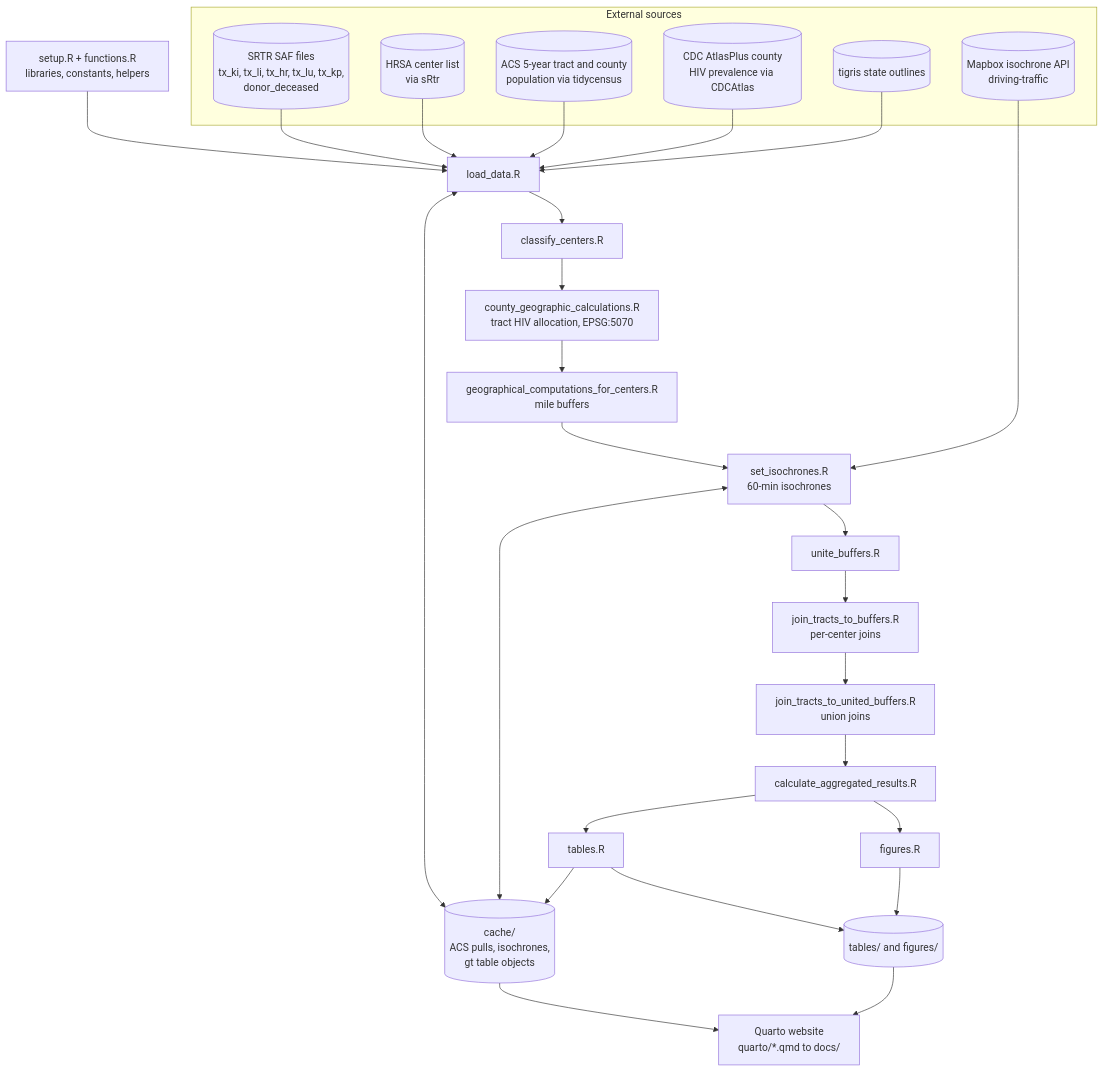
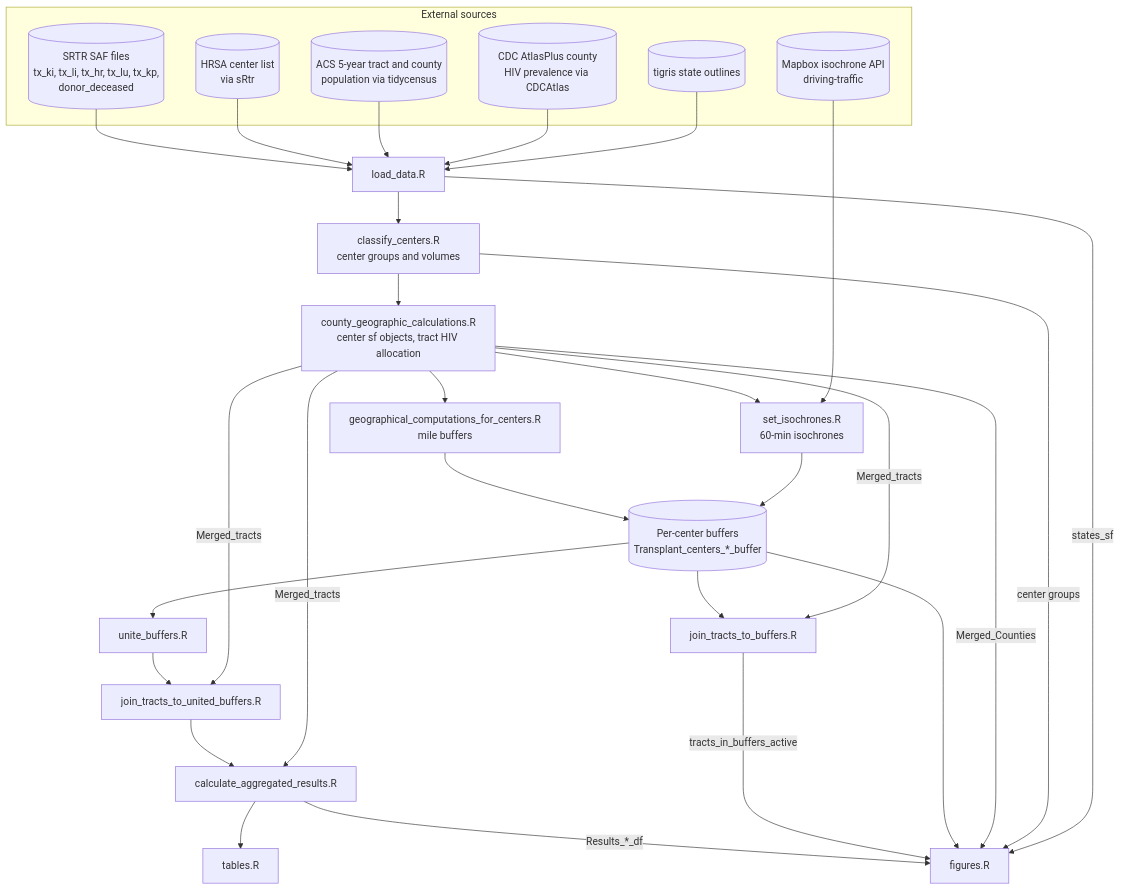
Before and after one commit to VagishHemmige/HOPE-CDC-analysis-2026: the first of 3 diagrams in ARCHITECTURE.md, drawn with Mermaid. The commit also changed other lines of this file, not shown here.

````diff
--- a/ARCHITECTURE.md
+++ b/ARCHITECTURE.md
@@ -27,40 +49,43 @@
 ```mermaid
 flowchart TD
     subgraph EXT["External sources"]
         SRTR[("SRTR SAF files<br/>tx_ki, tx_li, tx_hr, tx_lu, tx_kp,<br/>donor_deceased")]
         HRSA[("HRSA center list<br/>via sRtr")]
         ACS[("ACS 5-year tract and county<br/>population via tidycensus")]
         ATLAS[("CDC AtlasPlus county<br/>HIV prevalence via CDCAtlas")]
         MB[("Mapbox isochrone API<br/>driving-traffic")]
         TIG[("tigris state outlines")]
     end
 
-    SETUP["setup.R + functions.R<br/>libraries, constants, helpers"]
     LOAD["load_data.R"]
-    CLASS["classify_centers.R"]
-    COUNTY["county_geographic_calculations.R<br/>tract HIV allocation, EPSG:5070"]
+    CLASS["classify_centers.R<br/>center groups and volumes"]
+    COUNTY["county_geographic_calculations.R<br/>center sf objects, tract HIV allocation"]
     BUF["geographical_computations_for_centers.R<br/>mile buffers"]
     ISO["set_isochrones.R<br/>60-min isochrones"]
+    PCB[("Per-center buffers<br/>Transplant_centers_*_buffer")]
     UNITE["unite_buffers.R"]
-    JIND["join_tracts_to_buffers.R<br/>per-center joins"]
-    JUN["join_tracts_to_united_buffers.R<br/>union joins"]
+    JUN["join_tracts_to_united_buffers.R"]
     AGG["calculate_aggregated_results.R"]
     TAB["tables.R"]
+    JIND["join_tracts_to_buffers.R"]
     FIG["figures.R"]
 
-    CACHE[("cache/<br/>ACS pulls, isochrones,<br/>gt table objects")]
-    OUT[("tables/ and figures/")]
-    SITE["Quarto website<br/>quarto/*.qmd to docs/"]
+    SRTR & HRSA & ACS & ATLAS & TIG --> LOAD
+    LOAD --> CLASS --> COUNTY
+    COUNTY --> BUF & ISO
+    MB --> ISO
+    BUF & ISO --> PCB
 
-    SETUP --> LOAD
-    SRTR & HRSA & ACS & ATLAS & TIG --> LOAD
-    LOAD --> CLASS --> COUNTY --> BUF --> ISO --> UNITE
-    MB --> ISO
-    UNITE --> JIND --> JUN --> AGG
-    AGG --> TAB & FIG
-    LOAD <--> CACHE
-    ISO <--> CACHE
-    TAB --> CACHE
-    TAB & FIG --> OUT
-    CACHE & OUT --> SITE
+    PCB --> UNITE --> JUN --> AGG --> TAB
+    PCB --> JIND
+    COUNTY -->|Merged_tracts| JUN
+    COUNTY -->|Merged_tracts| JIND
+    COUNTY -->|Merged_tracts| AGG
+
+    AGG -->|"Results_*_df"| FIG
+    JIND -->|tracts_in_buffers_active| FIG
+    PCB --> FIG
+    COUNTY -->|Merged_Counties| FIG
+    CLASS -->|center groups| FIG
+    LOAD -->|states_sf| FIG
 ```
````
